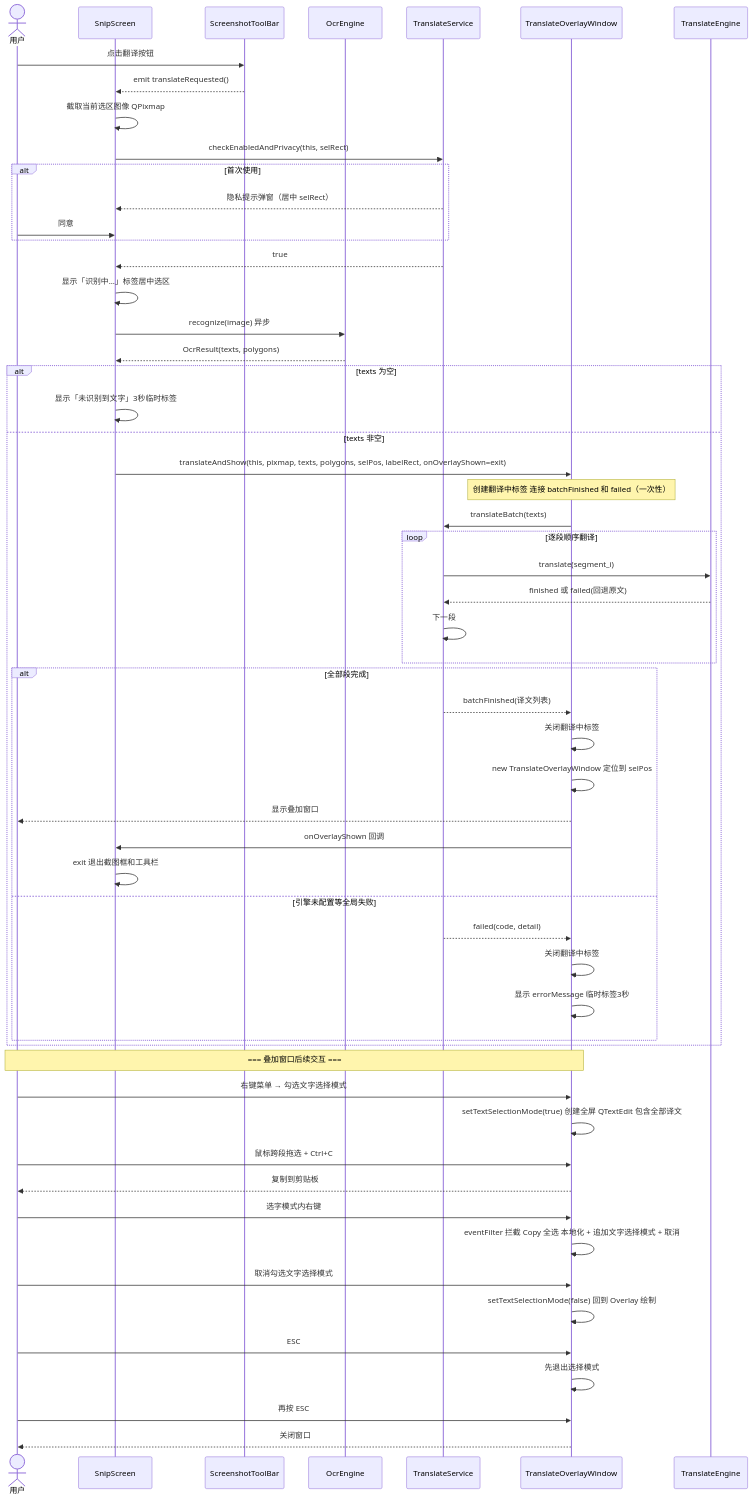
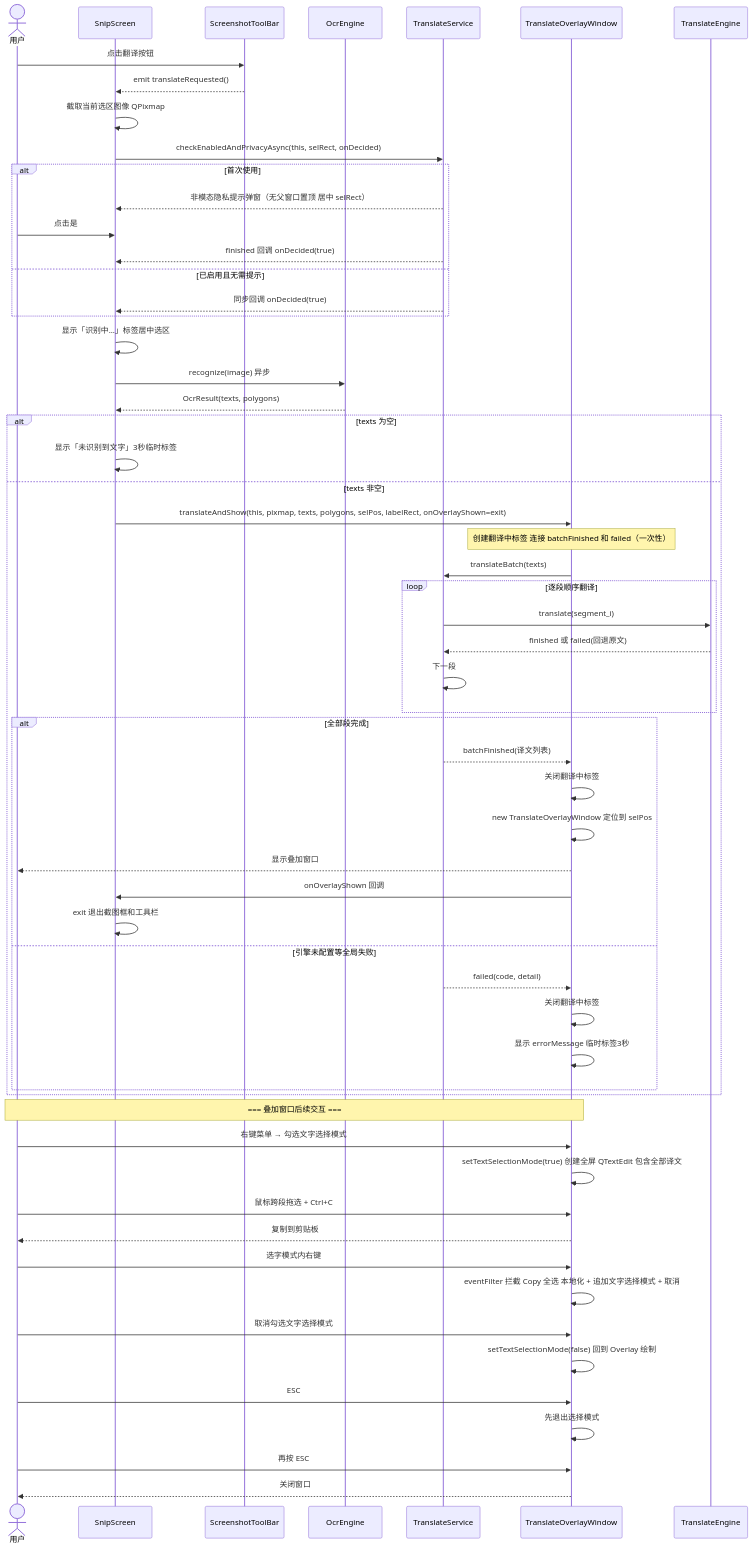
The eighth of 12 diagrams in docs/translation-design.md (ChiangyangNPU/quick-shot), drawn with Mermaid before and after one commit. The commit also changed other lines of this file and 3 other files, not shown here.

````diff
--- a/docs/translation-design.md
+++ b/docs/translation-design.md
@@ -491,64 +510,66 @@
 ```mermaid
 sequenceDiagram
     actor U as 用户
     participant S as SnipScreen
     participant T as ScreenshotToolBar
     participant O as OcrEngine
     participant TS as TranslateService
     participant OW as TranslateOverlayWindow
     participant EN as TranslateEngine
 
     U->>T: 点击翻译按钮
     T-->>S: emit translateRequested()
     S->>S: 截取当前选区图像 QPixmap
-    S->>TS: checkEnabledAndPrivacy(this, selRect)
+    S->>TS: checkEnabledAndPrivacyAsync(this, selRect, onDecided)
     alt 首次使用
-        TS-->>S: 隐私提示弹窗（居中 selRect）
-        U->>S: 同意
+        TS-->>S: 非模态隐私提示弹窗（无父窗口置顶 居中 selRect）
+        U->>S: 点击是
+        TS-->>S: finished 回调 onDecided(true)
+    else 已启用且无需提示
+        TS-->>S: 同步回调 onDecided(true)
     end
-    TS-->>S: true
 
     S->>S: 显示「识别中...」标签居中选区
     S->>O: recognize(image) 异步
     O-->>S: OcrResult(texts, polygons)
     alt texts 为空
         S->>S: 显示「未识别到文字」3秒临时标签
     else texts 非空
         S->>OW: translateAndShow(this, pixmap, texts, polygons, selPos, labelRect, onOverlayShown=exit)
         Note over OW: 创建翻译中标签 连接 batchFinished 和 failed（一次性）
         OW->>TS: translateBatch(texts)
 
         loop 逐段顺序翻译
             TS->>EN: translate(segment_i)
             EN-->>TS: finished 或 failed(回退原文)
             TS->>TS: 下一段
         end
 
         alt 全部段完成
             TS-->>OW: batchFinished(译文列表)
             OW->>OW: 关闭翻译中标签
             OW->>OW: new TranslateOverlayWindow 定位到 selPos
             OW-->>U: 显示叠加窗口
             OW->>S: onOverlayShown 回调
             S->>S: exit 退出截图框和工具栏
         else 引擎未配置等全局失败
             TS-->>OW: failed(code, detail)
             OW->>OW: 关闭翻译中标签
             OW->>OW: 显示 errorMessage 临时标签3秒
         end
     end
 
     Note over U,OW: === 叠加窗口后续交互 ===
     U->>OW: 右键菜单 → 勾选文字选择模式
     OW->>OW: setTextSelectionMode(true) 创建全屏 QTextEdit 包含全部译文
     U->>OW: 鼠标跨段拖选 + Ctrl+C
     OW-->>U: 复制到剪贴板
     U->>OW: 选字模式内右键
     OW->>OW: eventFilter 拦截 Copy 全选 本地化 + 追加文字选择模式 + 取消
     U->>OW: 取消勾选文字选择模式
     OW->>OW: setTextSelectionMode(false) 回到 Overlay 绘制
     U->>OW: ESC
     OW->>OW: 先退出选择模式
     U->>OW: 再按 ESC
     OW-->>U: 关闭窗口
 ```
````
